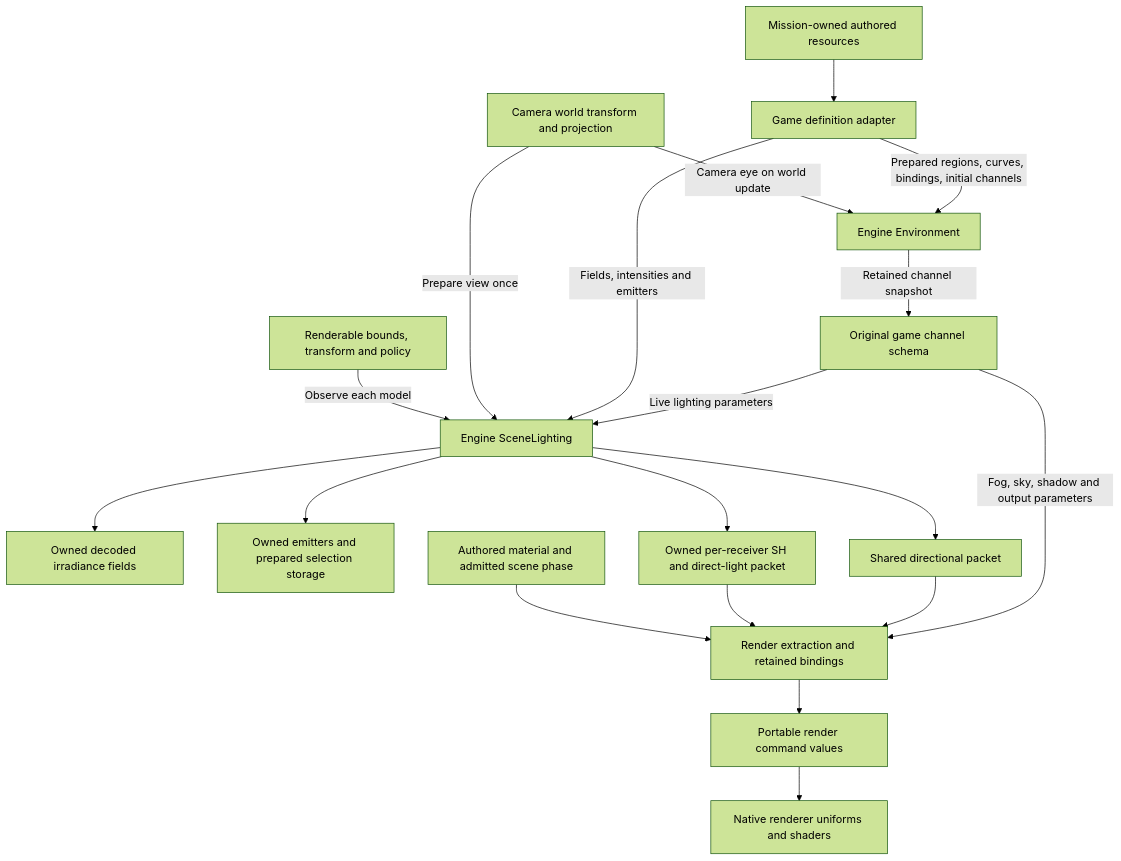
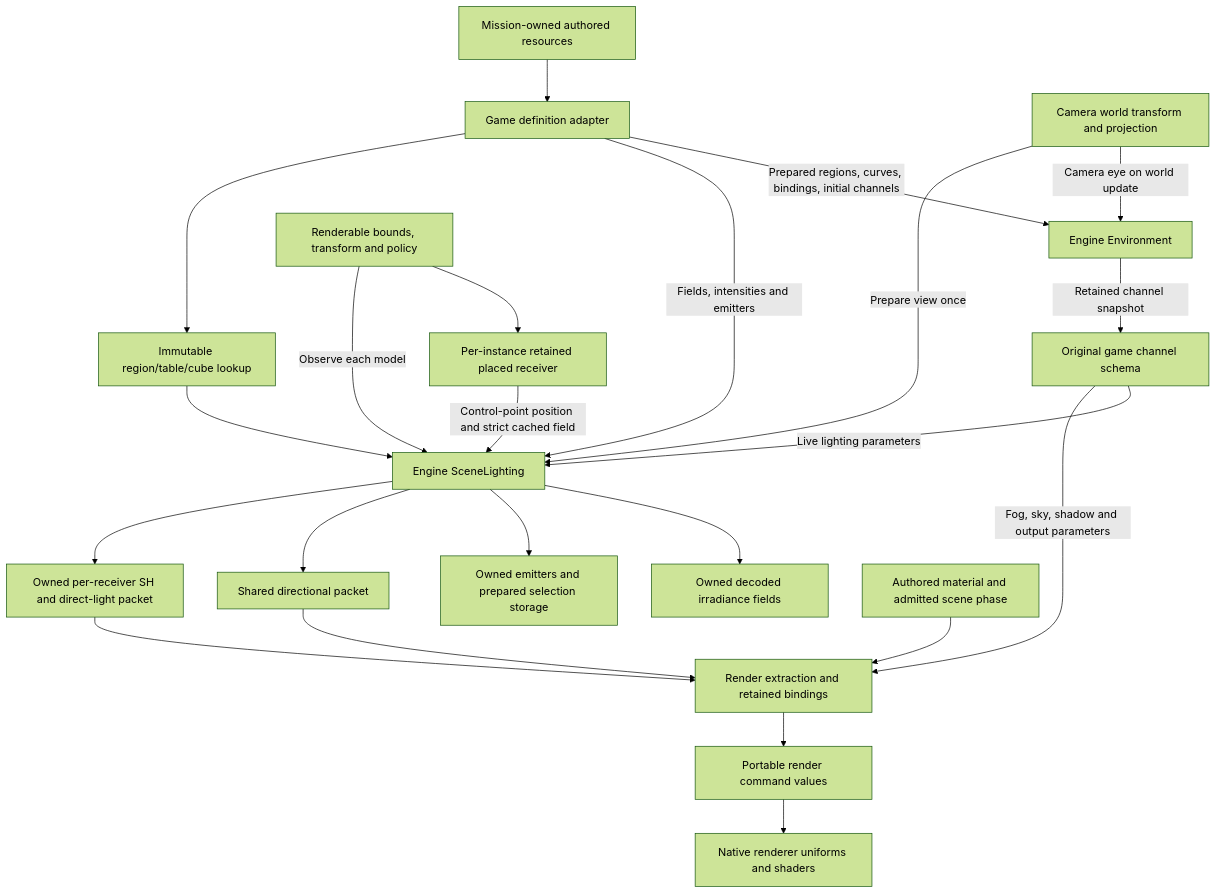
One commit to plainsight-systems/bullet-witch changed the diagram in docs/architecture/lighting.md. Above: the diagram before and after it, drawn with Mermaid (forest theme). The commit also changed other lines of this file and 109 other files, not shown here.

````diff
--- a/docs/architecture/lighting.md
+++ b/docs/architecture/lighting.md
@@ -18,21 +76,25 @@
 ```mermaid
 flowchart TD
   Resource[Mission-owned authored resources] --> Adapter[Game definition adapter]
   Adapter -->|Prepared regions, curves, bindings, initial channels| Environment[Engine Environment]
   View -->|Camera eye on world update| Environment
   Environment -->|Retained channel snapshot| Schema[Original game channel schema]
   Schema -->|Live lighting parameters| Scene[Engine SceneLighting]
   Schema -->|Fog, sky, shadow and output parameters| Extract
   Adapter -->|Fields, intensities and emitters| Scene
   Scene --> Fields[Owned decoded irradiance fields]
   Scene --> Lights[Owned emitters and prepared selection storage]
+  Adapter --> Reflection[Immutable region/table/cube lookup]
+  Reflection --> Scene
+  Model --> Prop[Per-instance retained placed receiver]
+  Prop -->|Control-point position and strict cached field| Scene
   View[Camera world transform and projection] -->|Prepare view once| Scene
   Model[Renderable bounds, transform and policy] -->|Observe each model| Scene
   Scene --> Shared[Shared directional packet]
   Scene --> Receiver[Owned per-receiver SH and direct-light packet]
   Shared --> Extract[Render extraction and retained bindings]
   Receiver --> Extract
   Material[Authored material and admitted scene phase] --> Extract
   Extract --> Portable[Portable render command values]
   Portable --> Native[Native renderer uniforms and shaders]
 ```
````
